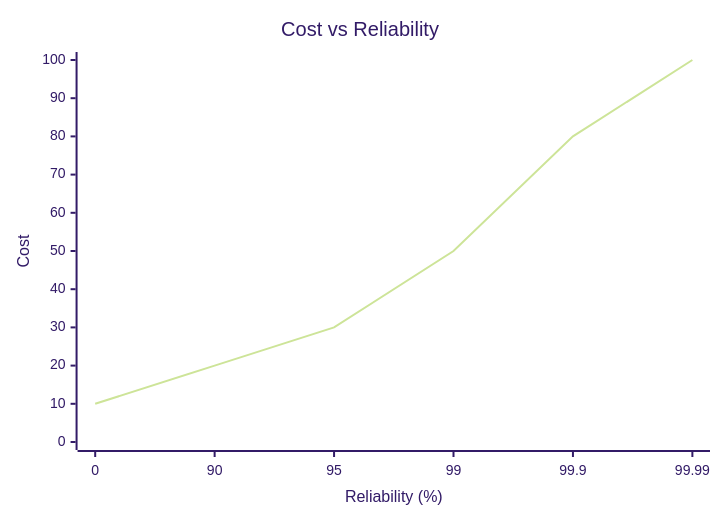
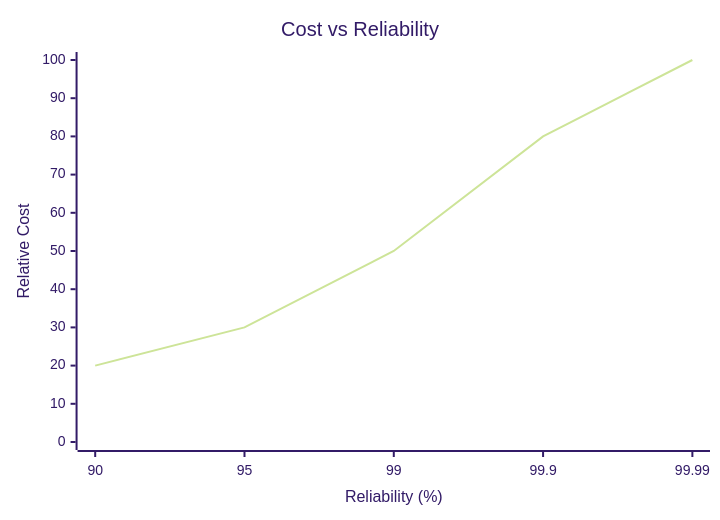
Before and after one commit to krisztiankoos/kubedojo: the eighth of 8 diagrams in src/content/docs/platform/disciplines/core-platform/sre/module-1.7-capacity-planning.md, drawn with Mermaid (forest theme). The commit also changed other lines of this file, not shown here.

````diff
--- a/src/content/docs/platform/disciplines/core-platform/sre/module-1.7-capacity-planning.md
+++ b/src/content/docs/platform/disciplines/core-platform/sre/module-1.7-capacity-planning.md
@@ -543,7 +556,7 @@
 ```mermaid
 xychart-beta
     title "Cost vs Reliability"
-    x-axis "Reliability (%)" ["0", "90", "95", "99", "99.9", "99.99"]
-    y-axis "Cost" 0 --> 100
-    line [10, 20, 30, 50, 80, 100]
+    x-axis "Reliability (%)" ["90", "95", "99", "99.9", "99.99"]
+    y-axis "Relative Cost" 0 --> 100
+    line [20, 30, 50, 80, 100]
 ```
````
